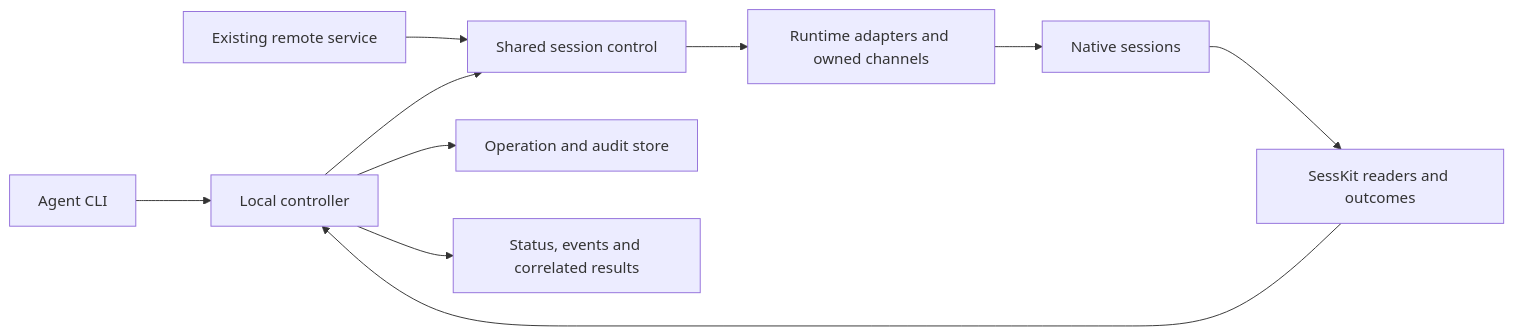
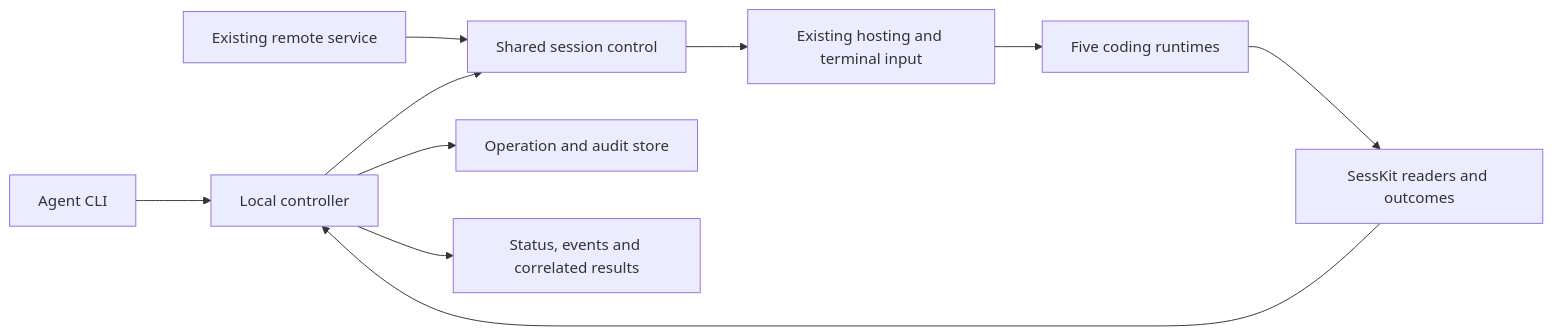
One commit to corral-dev/corral changed the diagram in docs/design/AGENT_SESSION_DELEGATION_DESIGN.md. Above: the diagram before and after it, drawn with Mermaid. The commit also changed other lines of this file and 1 other file, not shown here.

````diff
--- a/docs/design/AGENT_SESSION_DELEGATION_DESIGN.md
+++ b/docs/design/AGENT_SESSION_DELEGATION_DESIGN.md
@@ -254,12 +283,12 @@
 ```mermaid
 flowchart LR
     A[Agent CLI] --> B[Local controller]
     C[Existing remote service] --> D[Shared session control]
     B --> D
     B --> E[Operation and audit store]
-    D --> F[Runtime adapters and owned channels]
-    F --> G[Native sessions]
+    D --> F[Existing hosting and terminal input]
+    F --> G[Five coding runtimes]
     G --> H[SessKit readers and outcomes]
     H --> B
     B --> I[Status, events and correlated results]
 ```
````
